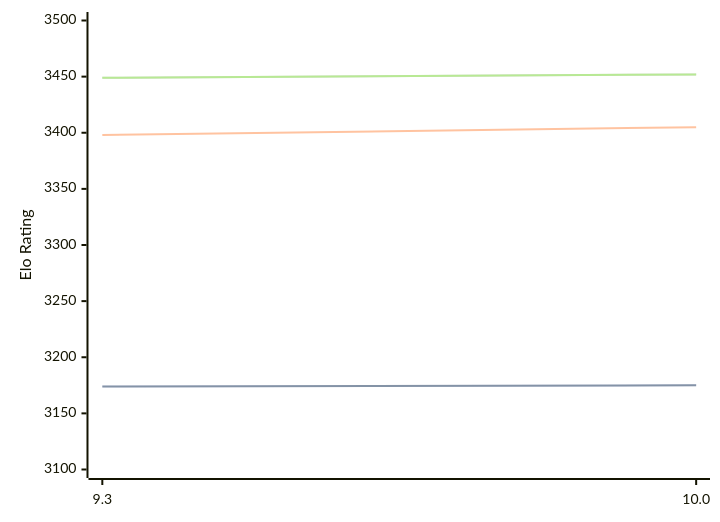
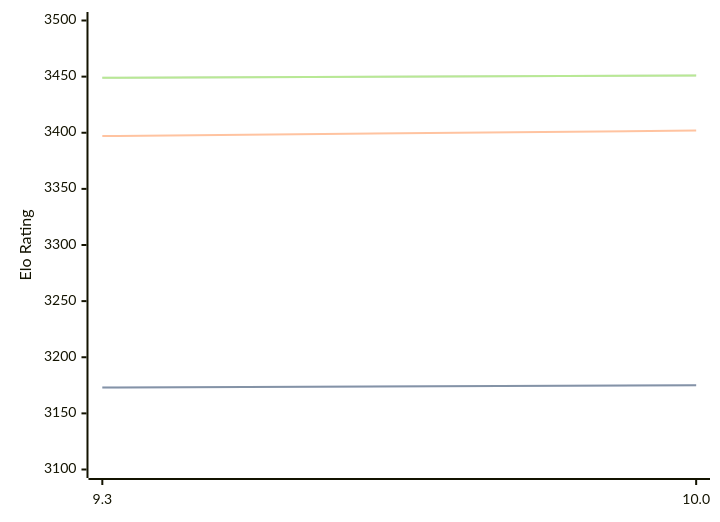
One commit to computer-chess-index/cci changed the diagram in engines/Fire.md. Above: the diagram before and after it, drawn with Mermaid. The commit also changed other lines of this file, not shown here.

Commit message:
Update CCI Ratings (ELO VLTC) - 2026-03-23

````diff
--- a/engines/Fire.md
+++ b/engines/Fire.md
@@ -47,11 +47,11 @@
 ```mermaid
 %%{init: {"theme":"base","themeVariables":{"seriesColors:['#a3a3a3','#222221','#faa371']}}}%%
 xychart-beta
   x-axis ["9.3", "10.0"]
   y-axis "Elo Rating" 3100 --> 3500
-  line "STC (8.0+0.08s)" [3174, 3175]
-  line "STC (8.0+0.08s)" [3174, 3175]
-  line "LTC (60.0+0.60s)" [3398, 3405]
-  line "VLTC (2m24s+1.12s)" [3449, 3452]
-  line "VLTC (2m24s+1.12s)" [3449, 3452]
+  line "STC (8.0+0.08s)" [3173, 3175]
+  line "STC (8.0+0.08s)" [3173, 3175]
+  line "LTC (60.0+0.60s)" [3397, 3402]
+  line "VLTC (2m24s+1.12s)" [3449, 3451]
+  line "VLTC (2m24s+1.12s)" [3449, 3451]
 ```
````
